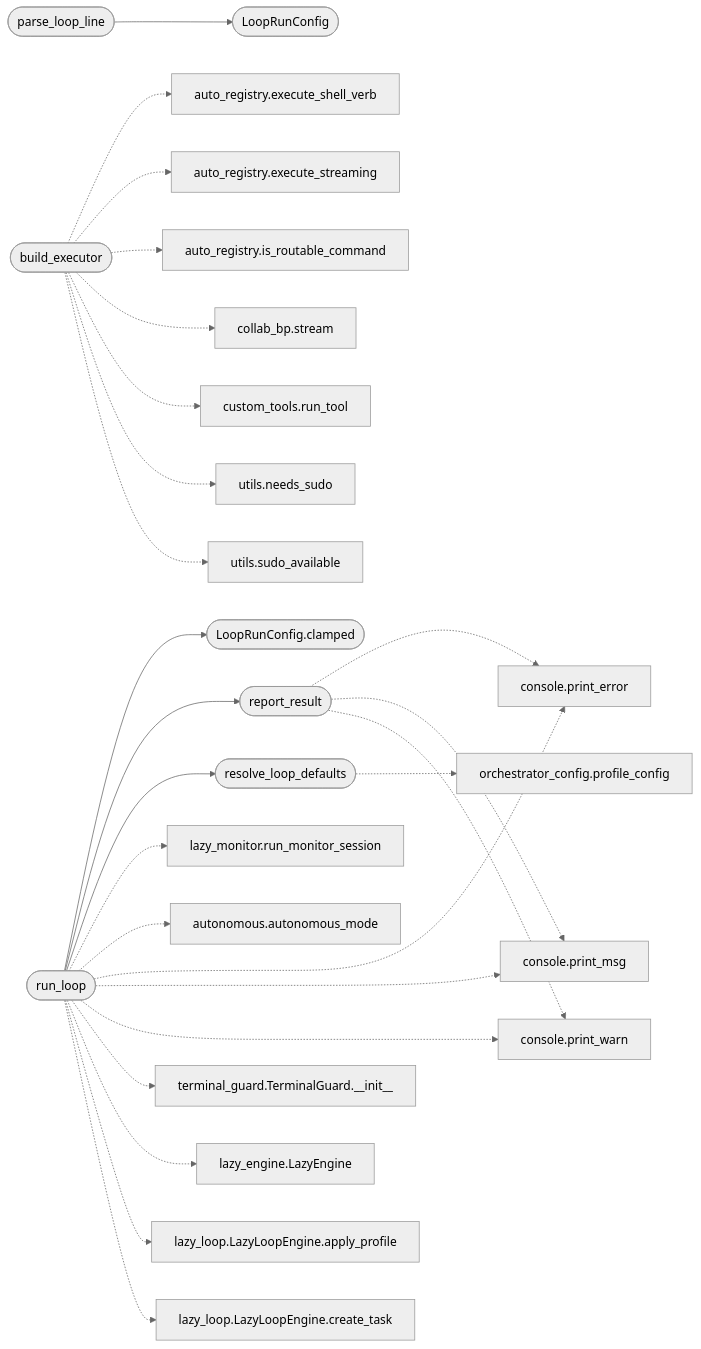
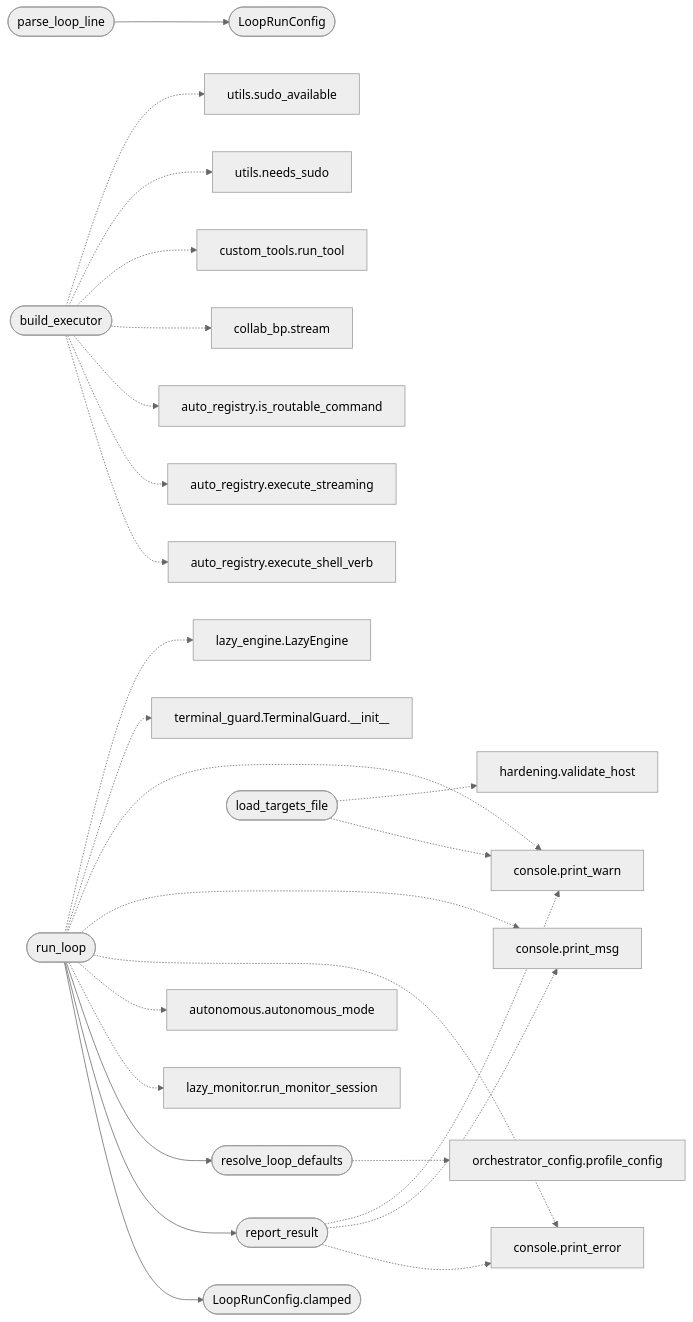
The diagram in readmenator-apidocs/modules/modules.lazy_runner.py.md (grisuno/LazyOwn), drawn with Mermaid (neutral theme) before and after one commit. The commit also changed other lines of this file and 199 other files, not shown here.

````diff
--- a/readmenator-apidocs/modules/modules.lazy_runner.py.md
+++ b/readmenator-apidocs/modules/modules.lazy_runner.py.md
@@ -23,51 +23,51 @@
 ```mermaid
 flowchart LR
     n_modules_lazy_runner_py__parse_loop_line(["parse_loop_line"])
     n_modules_lazy_runner_py__LoopRunConfig(["LoopRunConfig"])
     n_modules_lazy_runner_py__run_loop(["run_loop"])
     n_modules_lazy_runner_py__LoopRunConfig_clamped(["LoopRunConfig.clamped"])
     n_modules_lazy_runner_py__report_result(["report_result"])
     n_modules_lazy_runner_py__resolve_loop_defaults(["resolve_loop_defaults"])
     n_modules_orchestrator_config_py__profile_config["orchestrator_config.profile_config"]
     n_modules_lazy_runner_py__build_executor(["build_executor"])
     n_modules_auto_registry_py__execute_shell_verb["auto_registry.execute_shell_verb"]
     n_modules_auto_registry_py__execute_streaming["auto_registry.execute_streaming"]
     n_modules_auto_registry_py__is_routable_command["auto_registry.is_routable_command"]
     n_modules_collab_bp_py__stream["collab_bp.stream"]
     n_modules_custom_tools_py__run_tool["custom_tools.run_tool"]
     n_utils_py__needs_sudo["utils.needs_sudo"]
     n_utils_py__sudo_available["utils.sudo_available"]
     n_core_console_py__print_error["console.print_error"]
     n_core_console_py__print_msg["console.print_msg"]
     n_core_console_py__print_warn["console.print_warn"]
+    n_modules_lazy_runner_py__load_targets_file(["load_targets_file"])
+    n_core_hardening_py__validate_host["hardening.validate_host"]
     n_cli_lazy_monitor_py__run_monitor_session["lazy_monitor.run_monitor_session"]
     n_core_autonomous_py__autonomous_mode["autonomous.autonomous_mode"]
     n_core_terminal_guard_py__TerminalGuard___init__["terminal_guard.TerminalGuard.__init__"]
     n_modules_lazy_engine_py__LazyEngine["lazy_engine.LazyEngine"]
-    n_modules_lazy_loop_py__LazyLoopEngine_apply_profile["lazy_loop.LazyLoopEngine.apply_profile"]
-    n_modules_lazy_loop_py__LazyLoopEngine_create_task["lazy_loop.LazyLoopEngine.create_task"]
     n_modules_lazy_runner_py__parse_loop_line --> n_modules_lazy_runner_py__LoopRunConfig
     n_modules_lazy_runner_py__run_loop --> n_modules_lazy_runner_py__LoopRunConfig_clamped
     n_modules_lazy_runner_py__run_loop --> n_modules_lazy_runner_py__report_result
     n_modules_lazy_runner_py__run_loop --> n_modules_lazy_runner_py__resolve_loop_defaults
     n_modules_lazy_runner_py__resolve_loop_defaults -.-> n_modules_orchestrator_config_py__profile_config
     n_modules_lazy_runner_py__build_executor -.-> n_modules_auto_registry_py__execute_shell_verb
     n_modules_lazy_runner_py__build_executor -.-> n_modules_auto_registry_py__execute_streaming
     n_modules_lazy_runner_py__build_executor -.-> n_modules_auto_registry_py__is_routable_command
     n_modules_lazy_runner_py__build_executor -.-> n_modules_collab_bp_py__stream
     n_modules_lazy_runner_py__build_executor -.-> n_modules_custom_tools_py__run_tool
     n_modules_lazy_runner_py__build_executor -.-> n_utils_py__needs_sudo
     n_modules_lazy_runner_py__build_executor -.-> n_utils_py__sudo_available
     n_modules_lazy_runner_py__report_result -.-> n_core_console_py__print_error
     n_modules_lazy_runner_py__report_result -.-> n_core_console_py__print_msg
     n_modules_lazy_runner_py__report_result -.-> n_core_console_py__print_warn
+    n_modules_lazy_runner_py__load_targets_file -.-> n_core_console_py__print_warn
+    n_modules_lazy_runner_py__load_targets_file -.-> n_core_hardening_py__validate_host
     n_modules_lazy_runner_py__run_loop -.-> n_cli_lazy_monitor_py__run_monitor_session
     n_modules_lazy_runner_py__run_loop -.-> n_core_autonomous_py__autonomous_mode
     n_modules_lazy_runner_py__run_loop -.-> n_core_console_py__print_error
     n_modules_lazy_runner_py__run_loop -.-> n_core_console_py__print_msg
     n_modules_lazy_runner_py__run_loop -.-> n_core_console_py__print_warn
     n_modules_lazy_runner_py__run_loop -.-> n_core_terminal_guard_py__TerminalGuard___init__
     n_modules_lazy_runner_py__run_loop -.-> n_modules_lazy_engine_py__LazyEngine
-    n_modules_lazy_runner_py__run_loop -.-> n_modules_lazy_loop_py__LazyLoopEngine_apply_profile
-    n_modules_lazy_runner_py__run_loop -.-> n_modules_lazy_loop_py__LazyLoopEngine_create_task
 ```
````
